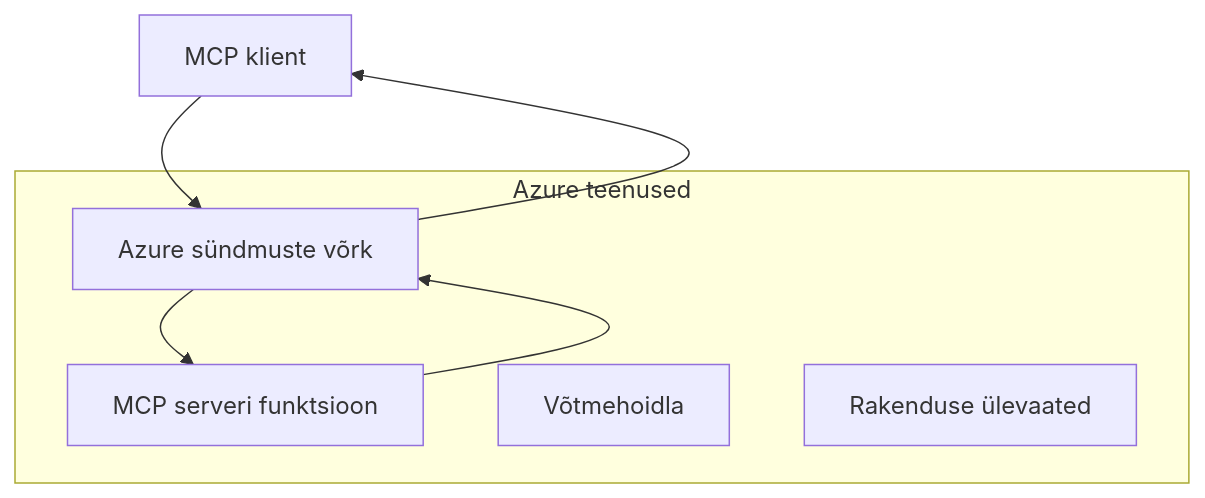
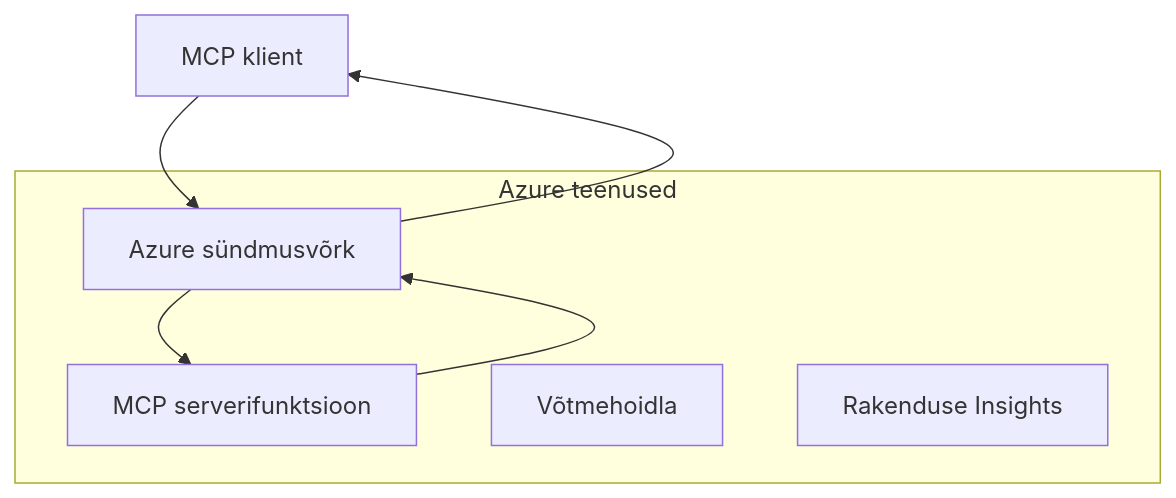
Before and after one commit to HIDORAKAI002/ai-workspace-archive: the first of 2 diagrams in mcp_ecosystem__model_context_protocol/mcp_learning_resources/mcp-for-beginners/translations/et/05-AdvancedTopics/mcp-transport/README.md, drawn with Mermaid. The commit also changed other lines of this file and 1539 other files, not shown here.

````diff
--- a/mcp_ecosystem__model_context_protocol/mcp_learning_resources/mcp-for-beginners/translations/et/05-AdvancedTopics/mcp-transport/README.md
+++ b/mcp_ecosystem__model_context_protocol/mcp_learning_resources/mcp-for-beginners/translations/et/05-AdvancedTopics/mcp-transport/README.md
@@ -58,14 +58,14 @@
 ```mermaid
 graph TB
-    Client[MCP klient] --> EG[Azure sündmuste võrk]
-    EG --> Server[MCP serveri funktsioon]
+    Client[MCP klient] --> EG[Azure sündmusvõrk]
+    EG --> Server[MCP serverifunktsioon]
     Server --> EG
     EG --> Client
     
     subgraph "Azure teenused"
         EG
         Server
         KV[Võtmehoidla]
-        Monitor[Rakenduse ülevaated]
+        Monitor[Rakenduse Insights]
     end
 ```
````
